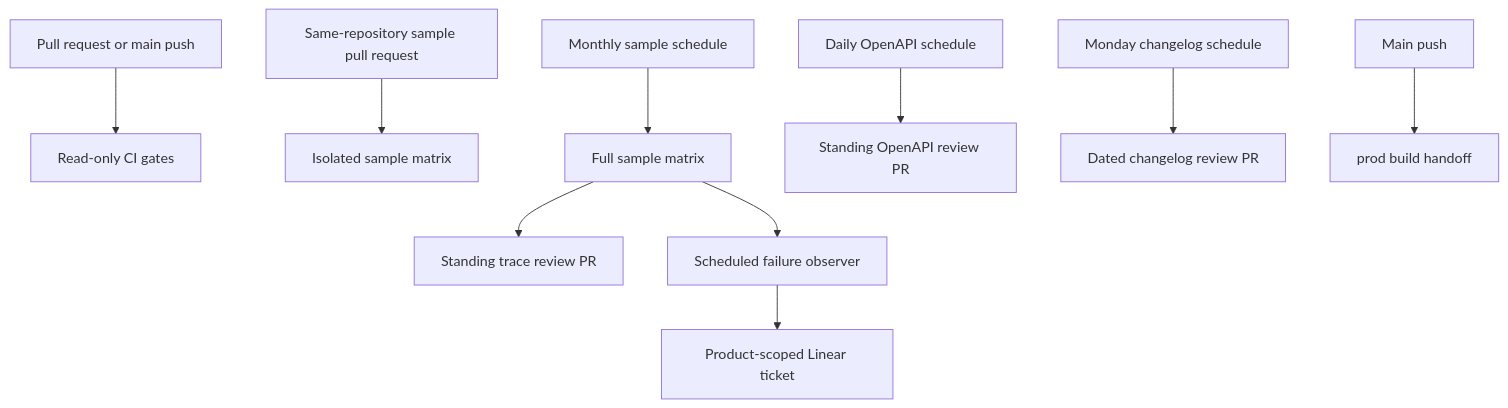
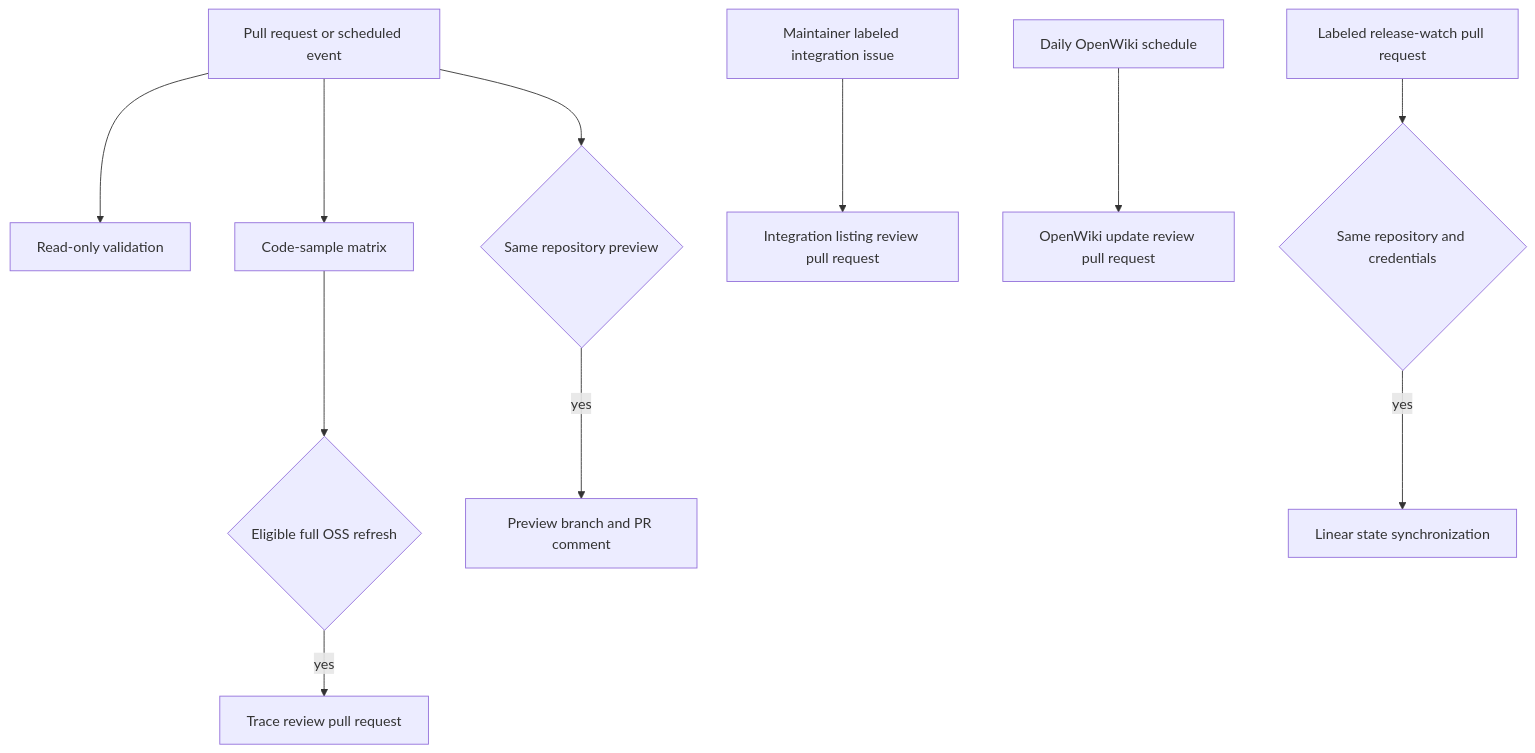
Before and after one commit to langchain-ai/docs: the first of 2 diagrams in openwiki/integrations/github-actions.md, drawn with Mermaid. The commit also changed other lines of this file and 33 other files, not shown here.

Commit message:
docs: update OpenWiki

````diff
--- a/openwiki/integrations/github-actions.md
+++ b/openwiki/integrations/github-actions.md
@@ -57,12 +60,13 @@
 ```mermaid
 flowchart TD
-  Change["Pull request or main push"] --> CI["Read-only CI gates"]
-  Internal["Same-repository sample pull request"] --> Samples["Isolated sample matrix"]
-  Schedule["Monthly sample schedule"] --> Full["Full sample matrix"]
-  Full --> Trace["Standing trace review PR"]
-  Full --> Observe["Scheduled failure observer"]
-  Observe --> Linear["Product-scoped Linear ticket"]
-  Daily["Daily OpenAPI schedule"] --> ApiPr["Standing OpenAPI review PR"]
-  Weekly["Monday changelog schedule"] --> ChangePr["Dated changelog review PR"]
-  Main["Main push"] --> Publish["prod build handoff"]
+  Change["Pull request or scheduled event"] --> Check["Read-only validation"]
+  Change --> Samples["Code-sample matrix"]
+  Samples --> TraceGate{"Eligible full OSS refresh"}
+  TraceGate -->|"yes"| TracePR["Trace review pull request"]
+  Change --> PreviewGate{"Same repository preview"}
+  PreviewGate -->|"yes"| Preview["Preview branch and PR comment"]
+  Issue["Maintainer labeled integration issue"] --> Listing["Integration listing review pull request"]
+  Schedule["Daily OpenWiki schedule"] --> WikiPR["OpenWiki update review pull request"]
+  ReleasePR["Labeled release-watch pull request"] --> LinearGate{"Same repository and credentials"}
+  LinearGate -->|"yes"| Linear["Linear state synchronization"]
 ```
````
